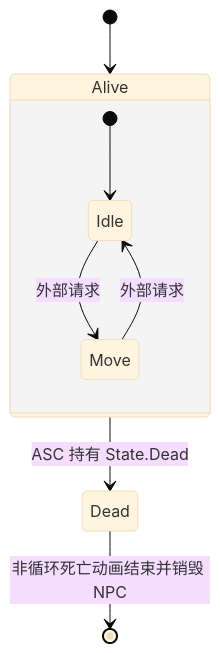
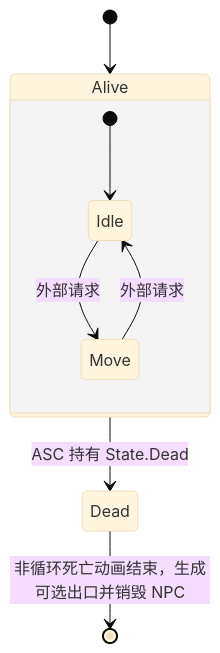
One commit to Whitesheeeep/3DRPG changed the second of 3 diagrams in Assets/Scripts/NPC/NPC_README.md. Above: the diagram before and after it, drawn with Mermaid (base theme). The commit also changed other lines of this file and 83 other files, not shown here.

````diff
--- a/Assets/Scripts/NPC/NPC_README.md
+++ b/Assets/Scripts/NPC/NPC_README.md
@@ -26,11 +26,11 @@
 ```mermaid
 stateDiagram-v2
     [*] --> Alive
     state Alive {
         [*] --> Idle
         Idle --> Move: 外部请求
         Move --> Idle: 外部请求
     }
     Alive --> Dead: ASC 持有 State.Dead
-    Dead --> [*]: 非循环死亡动画结束并销毁 NPC
+    Dead --> [*]: 非循环死亡动画结束，生成可选出口并销毁 NPC
 ```
````
